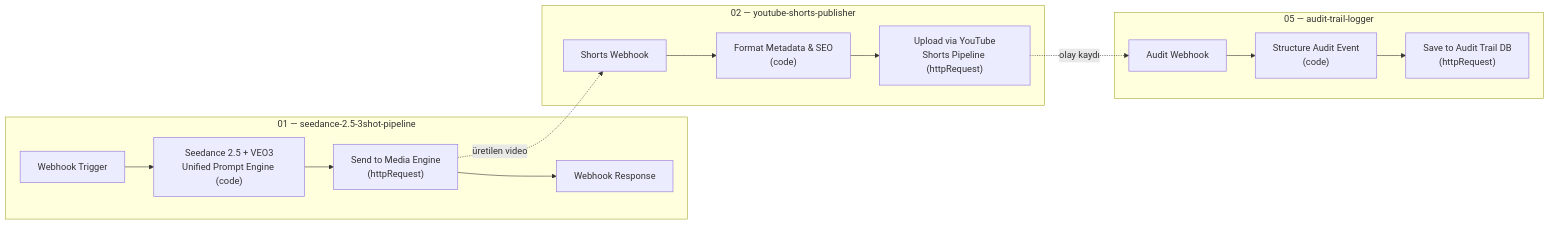
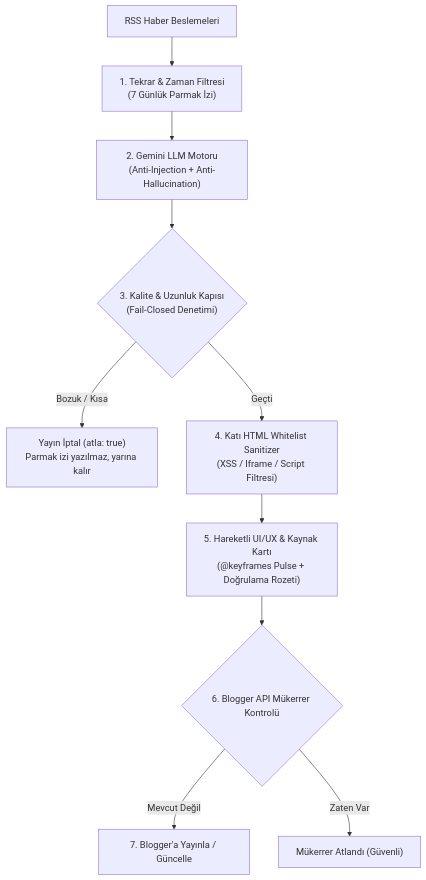
One commit to Voyagerroc-Automation/giant-automation-library changed the diagram in README.md. Above: the diagram before and after it, drawn with Mermaid. The commit also changed other lines of this file, not shown here.

Commit message:
docs: document Red Team security certification and long-form UI/UX architecture in README

````diff
--- a/README.md
+++ b/README.md
@@ -29,21 +29,12 @@
 ```mermaid
-flowchart LR
-    subgraph SEED["01 — seedance-2.5-3shot-pipeline"]
-        A1["Webhook Trigger"] --> A2["Seedance 2.5 + VEO3<br/>Unified Prompt Engine (code)"]
-        A2 --> A3["Send to Media Engine<br/>(httpRequest)"]
-        A3 --> A4["Webhook Response"]
-    end
-
-    subgraph PUB["02 — youtube-shorts-publisher"]
-        B1["Shorts Webhook"] --> B2["Format Metadata & SEO<br/>(code)"]
-        B2 --> B3["Upload via YouTube<br/>Shorts Pipeline (httpRequest)"]
-    end
-
-    subgraph AUD["05 — audit-trail-logger"]
-        C1["Audit Webhook"] --> C2["Structure Audit Event<br/>(code)"]
-        C2 --> C3["Save to Audit Trail DB<br/>(httpRequest)"]
-    end
-
-    A3 -.->|"üretilen video"| B1
-    B3 -.->|"olay kaydı"| C1
+flowchart TD
+    RSS["RSS Haber Beslemeleri"] --> FLT["1. Tekrar & Zaman Filtresi<br/>(7 Günlük Parmak İzi)"]
+    FLT --> GEM["2. Gemini LLM Motoru<br/>(Anti-Injection + Anti-Hallucination)"]
+    GEM --> CHK{"3. Kalite & Uzunluk Kapısı<br/>(Fail-Closed Denetimi)"}
+    CHK -- "Bozuk / Kısa" --> SKP["Yayın İptal (atla: true)<br/>Parmak izi yazılmaz, yarına kalır"]
+    CHK -- "Geçti" --> SAN["4. Katı HTML Whitelist Sanitizer<br/>(XSS / Iframe / Script Filtresi)"]
+    SAN --> THEME["5. Hareketli UI/UX & Kaynak Kartı<br/>(@keyframes Pulse + Doğrulama Rozeti)"]
+    THEME --> BLG_CHK{"6. Blogger API Mükerrer Kontrolü"}
+    BLG_CHK -- "Mevcut Değil" --> PUB["7. Blogger'a Yayınla / Güncelle"]
+    BLG_CHK -- "Zaten Var" --> DUP["Mükerrer Atlandı (Güvenli)"]
 ```
````
